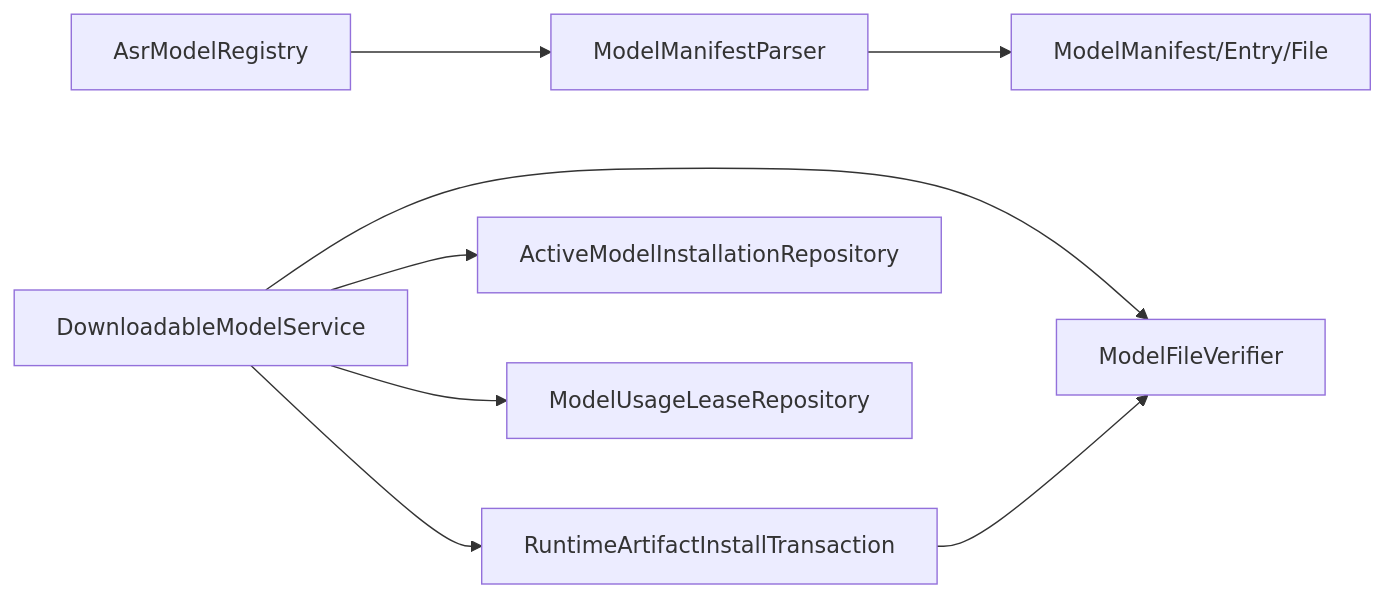
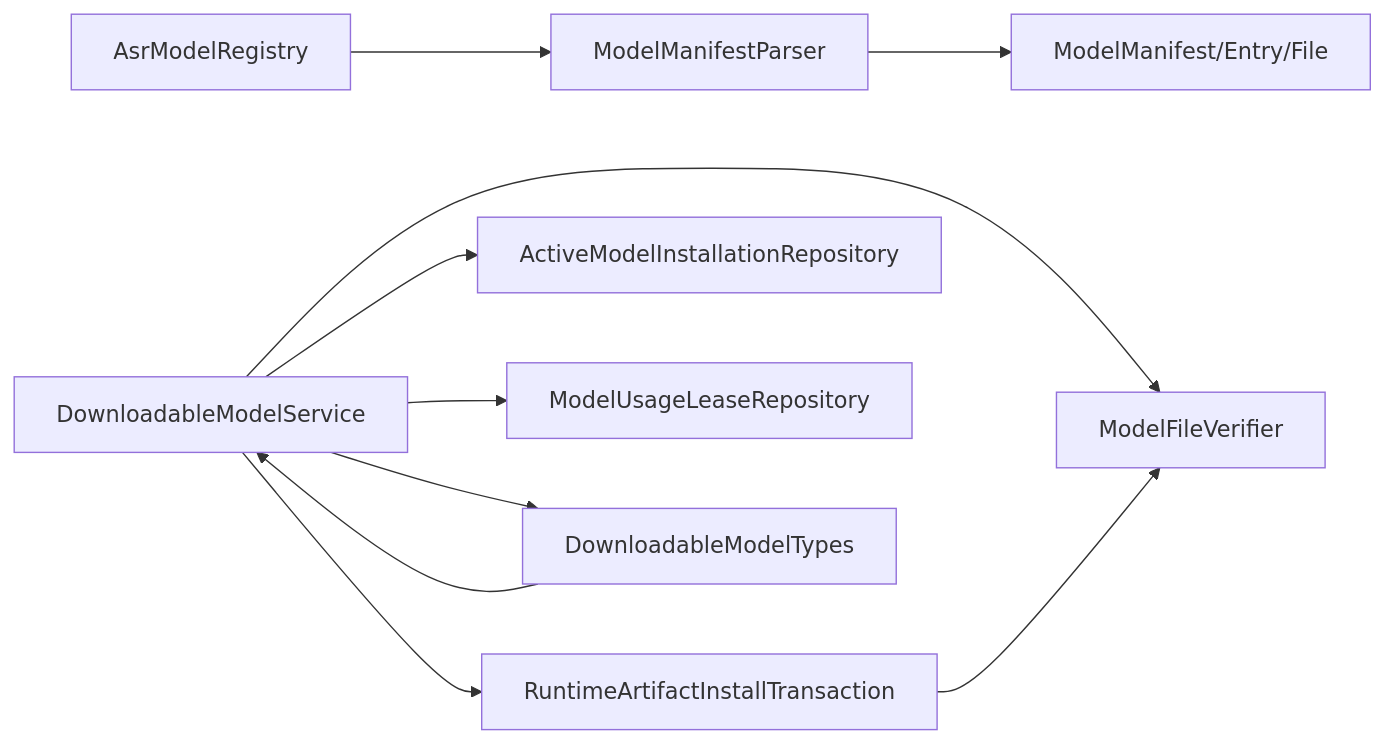
One commit to zhangheng2022/meet_trace changed the seventh of 7 diagrams in .qoder/repowiki/zh/content/核心功能模块/模型管理系统.md. Above: the diagram before and after it, drawn with Mermaid. The commit also changed other lines of this file and 111 other files, not shown here.

````diff
--- a/.qoder/repowiki/zh/content/核心功能模块/模型管理系统.md
+++ b/.qoder/repowiki/zh/content/核心功能模块/模型管理系统.md
@@ -388,10 +474,12 @@
 ```mermaid
 graph LR
 Registry["AsrModelRegistry"] --> Parser["ModelManifestParser"]
 Parser --> Manifest["ModelManifest/Entry/File"]
 Service["DownloadableModelService"] --> Tx["RuntimeArtifactInstallTransaction"]
 Service --> Verifier["ModelFileVerifier"]
 Service --> Repo["ActiveModelInstallationRepository"]
 Service --> Lease["ModelUsageLeaseRepository"]
+Service --> Types["DownloadableModelTypes"]
 Tx --> Verifier
+Types --> Service
 ```
````
